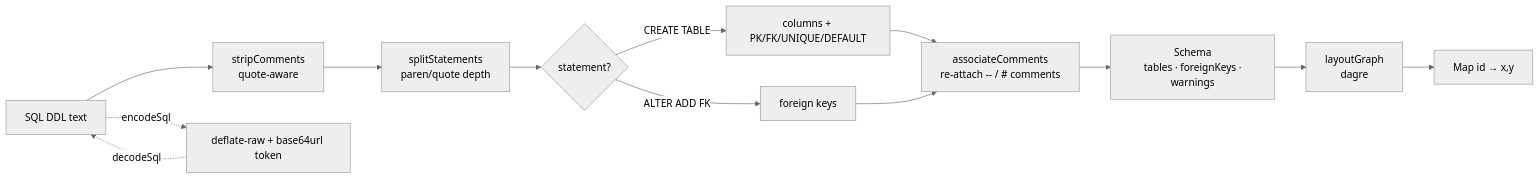
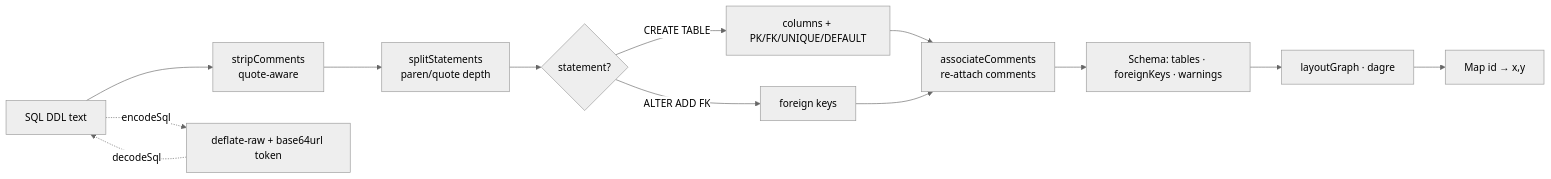
The diagram in packages/core/README.md (khanakia/sql-schema-visualizer), drawn with Mermaid (neutral theme) before and after one commit. The commit also changed 4 other files, not shown here.

Commit message:
docs: fix Mermaid diagrams — quote node labels, <br/> not \n, no bare parens (GitHub render error)

````diff
--- a/packages/core/README.md
+++ b/packages/core/README.md
@@ -57,15 +57,15 @@
 ```mermaid
 flowchart LR
-  A[SQL DDL text] --> B[stripComments\nquote-aware]
-  B --> C[splitStatements\nparen/quote depth]
-  C --> D{statement?}
-  D -->|CREATE TABLE| E[columns + PK/FK/UNIQUE/DEFAULT]
-  D -->|ALTER ADD FK| F[foreign keys]
-  E --> G[associateComments\nre-attach -- / # comments]
+  A["SQL DDL text"] --> B["stripComments<br/>quote-aware"]
+  B --> C["splitStatements<br/>paren/quote depth"]
+  C --> D{"statement?"}
+  D -->|CREATE TABLE| E["columns + PK/FK/UNIQUE/DEFAULT"]
+  D -->|ALTER ADD FK| F["foreign keys"]
+  E --> G["associateComments<br/>re-attach comments"]
   F --> G
-  G --> H[Schema\n tables · foreignKeys · warnings]
-  H --> I[layoutGraph\ndagre]
-  I --> J[Map id → x,y]
-  A -. encodeSql .-> K[deflate-raw + base64url token]
+  G --> H["Schema: tables · foreignKeys · warnings"]
+  H --> I["layoutGraph · dagre"]
+  I --> J["Map id → x,y"]
+  A -. encodeSql .-> K["deflate-raw + base64url token"]
   K -. decodeSql .-> A
 ```
````
